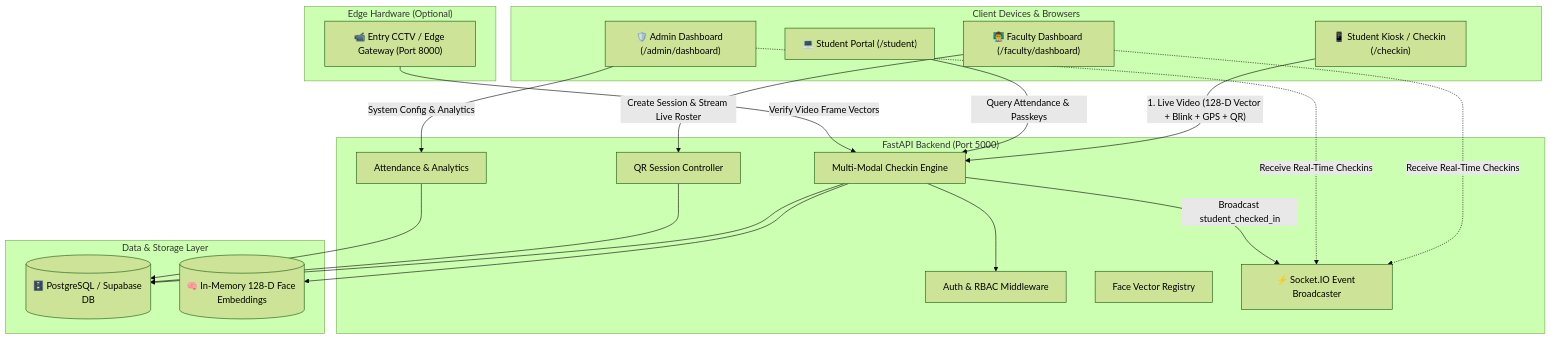
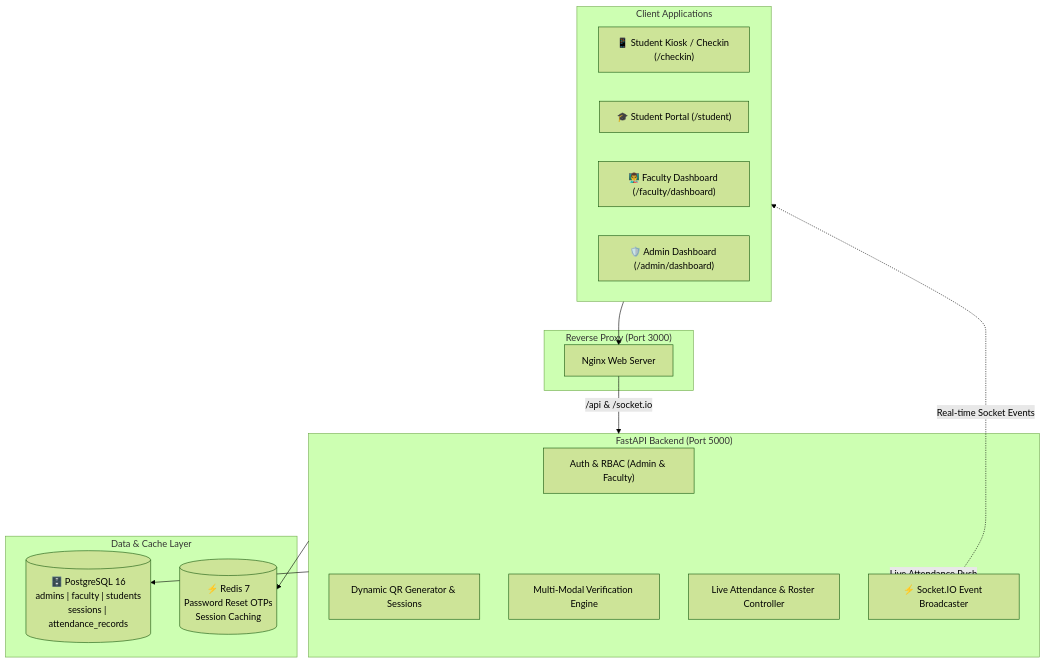
The first of 3 diagrams in README.md (srikruthikapilla/smartattend-ai), drawn with Mermaid (forest theme) before and after one commit. The commit also changed other lines of this file and 33 other files, not shown here.

````diff
--- a/README.md
+++ b/README.md
@@ -76,42 +81,33 @@
 ```mermaid
 flowchart TD
-    subgraph ClientLayer ["Client Devices & Browsers"]
+    subgraph Clients ["Client Applications"]
         Kiosk["📱 Student Kiosk / Checkin (/checkin)"]
-        StudentPortal["💻 Student Portal (/student)"]
+        StudentDash["🎓 Student Portal (/student)"]
         FacultyDash["👨‍🏫 Faculty Dashboard (/faculty/dashboard)"]
         AdminDash["🛡️ Admin Dashboard (/admin/dashboard)"]
     end
 
-    subgraph EdgeLayer ["Edge Hardware (Optional)"]
-        CCTV["📹 Entry CCTV / Edge Gateway (Port 8000)"]
+    subgraph NginxProxy ["Reverse Proxy (Port 3000)"]
+        Nginx["Nginx Web Server"]
     end
 
-    subgraph APILayer ["FastAPI Backend (Port 5000)"]
-        RouterAuth["Auth & RBAC Middleware"]
-        RouterQR["QR Session Controller"]
-        RouterCheckin["Multi-Modal Checkin Engine"]
-        RouterFace["Face Vector Registry"]
-        RouterAttendance["Attendance & Analytics"]
+    subgraph BackendApp ["FastAPI Backend (Port 5000)"]
+        AuthModule["Auth & RBAC (Admin & Faculty)"]
+        QRModule["Dynamic QR Generator & Sessions"]
+        CheckinModule["Multi-Modal Verification Engine"]
+        AttendanceModule["Live Attendance & Roster Controller"]
         SocketServer["⚡ Socket.IO Event Broadcaster"]
     end
 
-    subgraph DataLayer ["Data & Storage Layer"]
-        PostgresDB[("🗄️ PostgreSQL / Supabase DB")]
-        VecCache[("🧠 In-Memory 128-D Face Embeddings")]
+    subgraph DataStorage ["Data & Cache Layer"]
+        PostgresDB[("🗄️ PostgreSQL 16\nadmins | faculty | students\nsessions | attendance_records")]
+        RedisCache[("⚡ Redis 7\nPassword Reset OTPs\nSession Caching")]
     end
 
-    Kiosk -->|"1. Live Video (128-D Vector + Blink + GPS + QR)"| RouterCheckin
-    StudentPortal -->|"Query Attendance & Passkeys"| RouterCheckin
-    FacultyDash -->|"Create Session & Stream Live Roster"| RouterQR
-    FacultyDash -.->|"Receive Real-Time Checkins"| SocketServer
-    AdminDash -->|"System Config & Analytics"| RouterAttendance
-    AdminDash -.->|"Receive Real-Time Checkins"| SocketServer
-    CCTV -->|"Verify Video Frame Vectors"| RouterCheckin
-
-    RouterCheckin --> RouterAuth
-    RouterCheckin --> VecCache
-    RouterCheckin --> PostgresDB
-    RouterCheckin -->|"Broadcast student_checked_in"| SocketServer
-    RouterQR --> PostgresDB
-    RouterAttendance --> PostgresDB
+    Clients --> Nginx
+    Nginx -->|/api & /socket.io| BackendApp
+    BackendApp --> PostgresDB
+    BackendApp --> RedisCache
+    BackendApp -->|Live Attendance Push| SocketServer
+    SocketServer -.->|Real-time Socket Events| Clients
 ```
````
